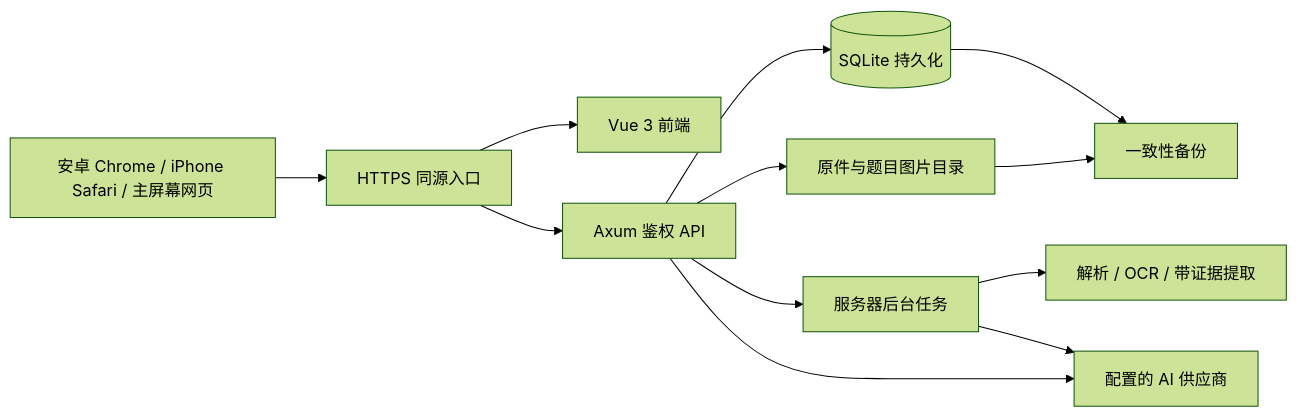
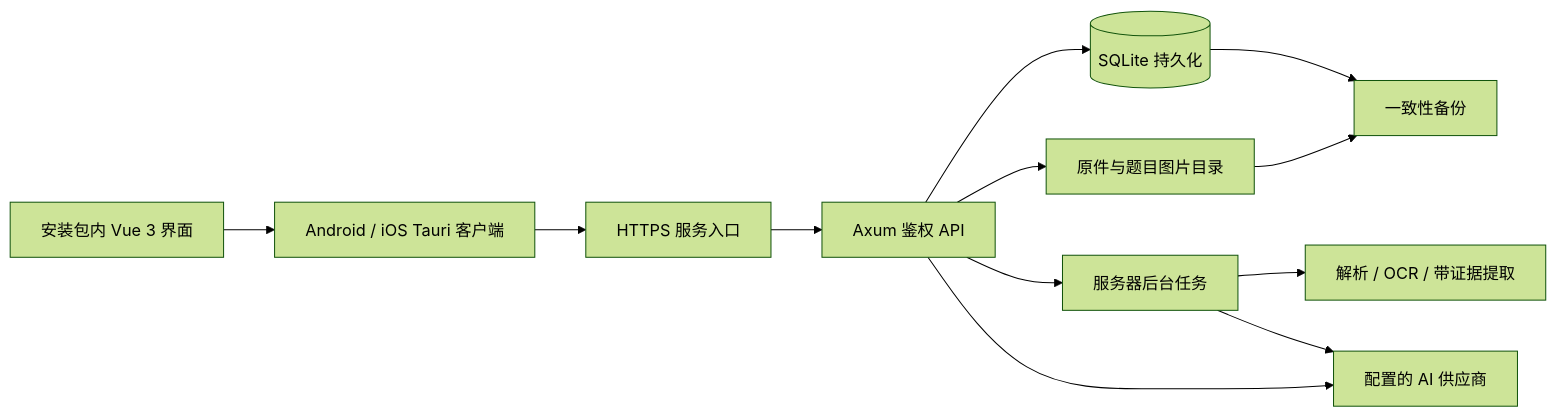
Before and after one commit to michaell2006727/Brush-the-questions: the diagram in PRD.md, drawn with Mermaid (forest theme). The commit also changed other lines of this file and 3 other files, not shown here.

````diff
--- a/PRD.md
+++ b/PRD.md
@@ -510,14 +512,14 @@
 ```mermaid
 flowchart LR
-  A[安卓 Chrome / iPhone Safari / 主屏幕网页] --> B[HTTPS 同源入口]
-  B --> C[Vue 3 前端]
+  C[安装包内 Vue 3 界面] --> A[Android / iOS Tauri 客户端]
+  A --> B[HTTPS 服务入口]
   B --> D[Axum 鉴权 API]
   D --> E[(SQLite 持久化)]
   D --> F[原件与题目图片目录]
   D --> G[服务器后台任务]
   G --> H[解析 / OCR / 带证据提取]
   G --> I[配置的 AI 供应商]
   D --> I
   E --> J[一致性备份]
   F --> J
 ```
````
